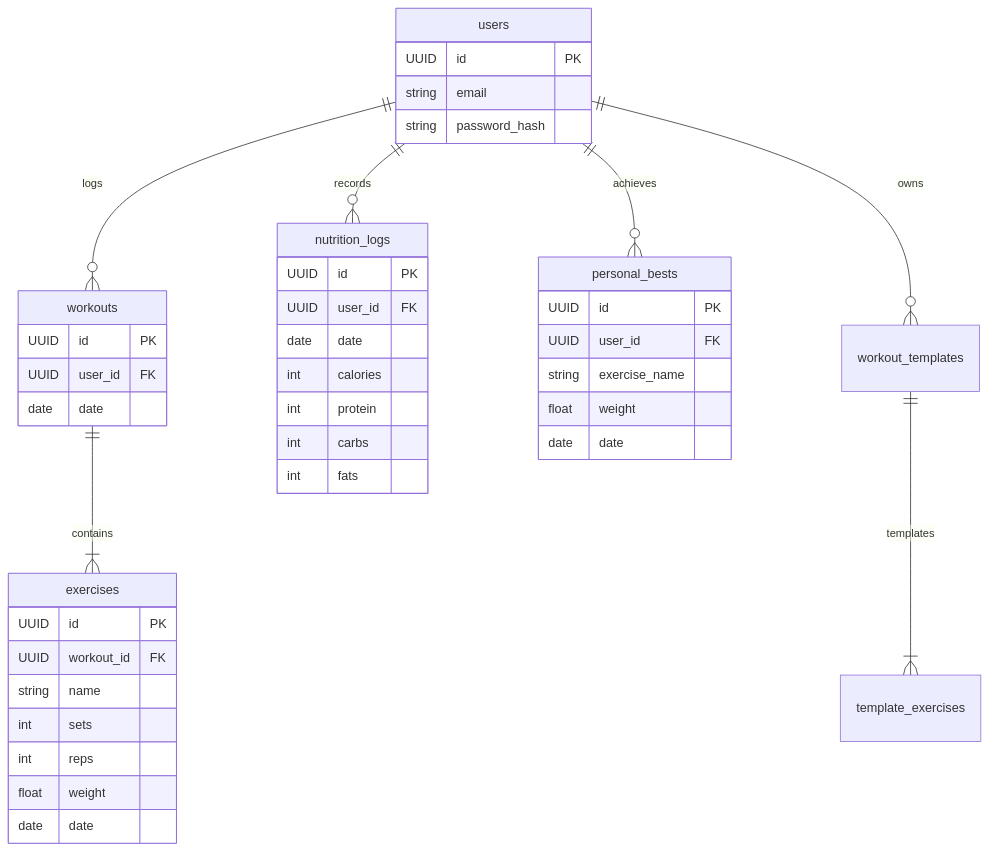
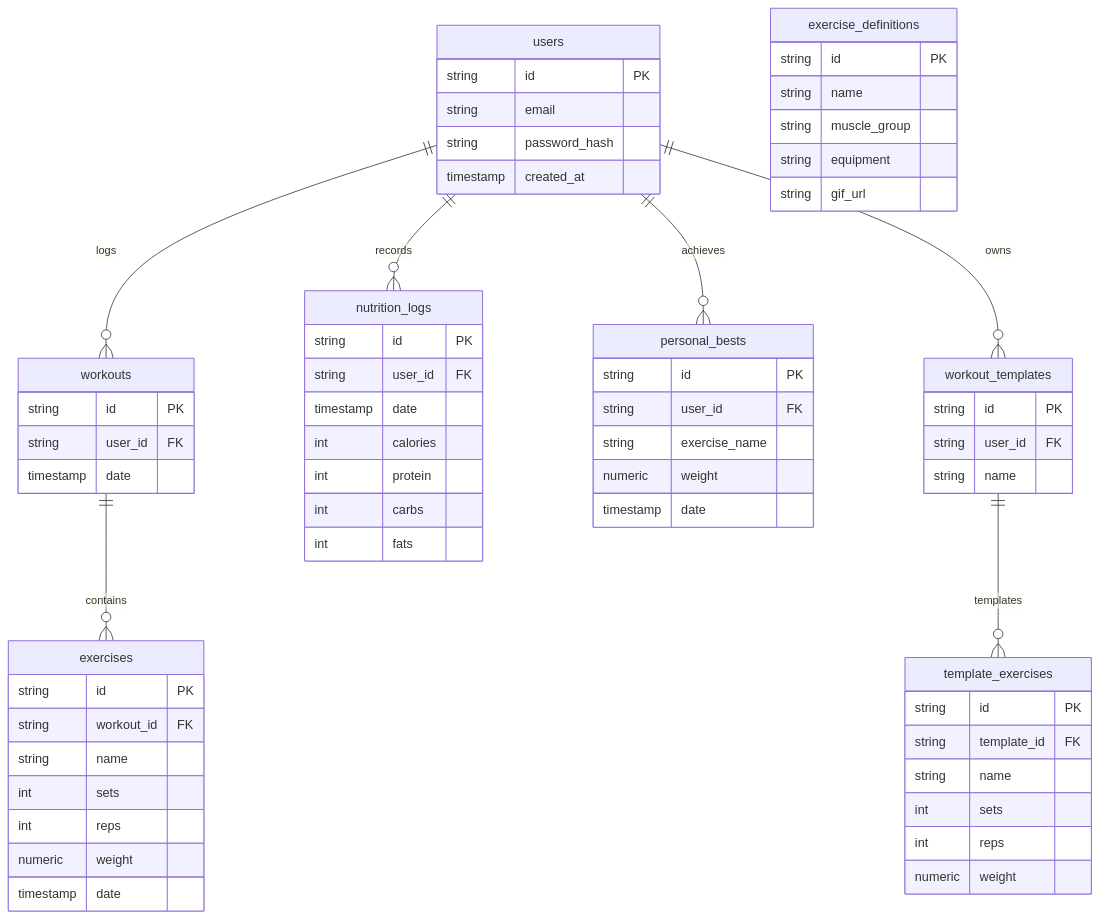
The diagram in diagrams/er-diagram.md (arya-p-gh/fittrack), drawn with Mermaid before and after one commit. The commit also changed other lines of this file, not shown here.

Commit message:
docs: align ER diagram with init-db schema
Update relationships and field types and include missing tables defined in backend/init-db.js.

Made-with: Cursor

````diff
--- a/diagrams/er-diagram.md
+++ b/diagrams/er-diagram.md
@@ -5,50 +5,74 @@
 ```mermaid
 erDiagram
     users ||--o{ workouts : "logs"
     users ||--o{ nutrition_logs : "records"
     users ||--o{ personal_bests : "achieves"
     
-    workouts ||--|{ exercises : "contains"
-    workout_templates ||--|{ template_exercises : "templates"
+    workouts ||--o{ exercises : "contains"
+    workout_templates ||--o{ template_exercises : "templates"
     users ||--o{ workout_templates : "owns"
 
     users {
-        UUID id PK
+        string id PK
         string email
         string password_hash
+        timestamp created_at
     }
 
     workouts {
-        UUID id PK
-        UUID user_id FK
-        date date
+        string id PK
+        string user_id FK
+        timestamp date
     }
 
     exercises {
-        UUID id PK
-        UUID workout_id FK
+        string id PK
+        string workout_id FK
         string name
         int sets
         int reps
-        float weight
-        date date
+        numeric weight
+        timestamp date
     }
 
     nutrition_logs {
-        UUID id PK
-        UUID user_id FK
-        date date
+        string id PK
+        string user_id FK
+        timestamp date
         int calories
         int protein
         int carbs
         int fats
     }
 
     personal_bests {
-        UUID id PK
-        UUID user_id FK
+        string id PK
+        string user_id FK
         string exercise_name
-        float weight
-        date date
+        numeric weight
+        timestamp date
+    }
+
+    exercise_definitions {
+        string id PK
+        string name
+        string muscle_group
+        string equipment
+        string gif_url
+    }
+
+    template_exercises {
+        string id PK
+        string template_id FK
+        string name
+        int sets
+        int reps
+        numeric weight
+    }
+
+    workout_templates {
+        string id PK
+        string user_id FK
+        string name
     }
 ```
````
